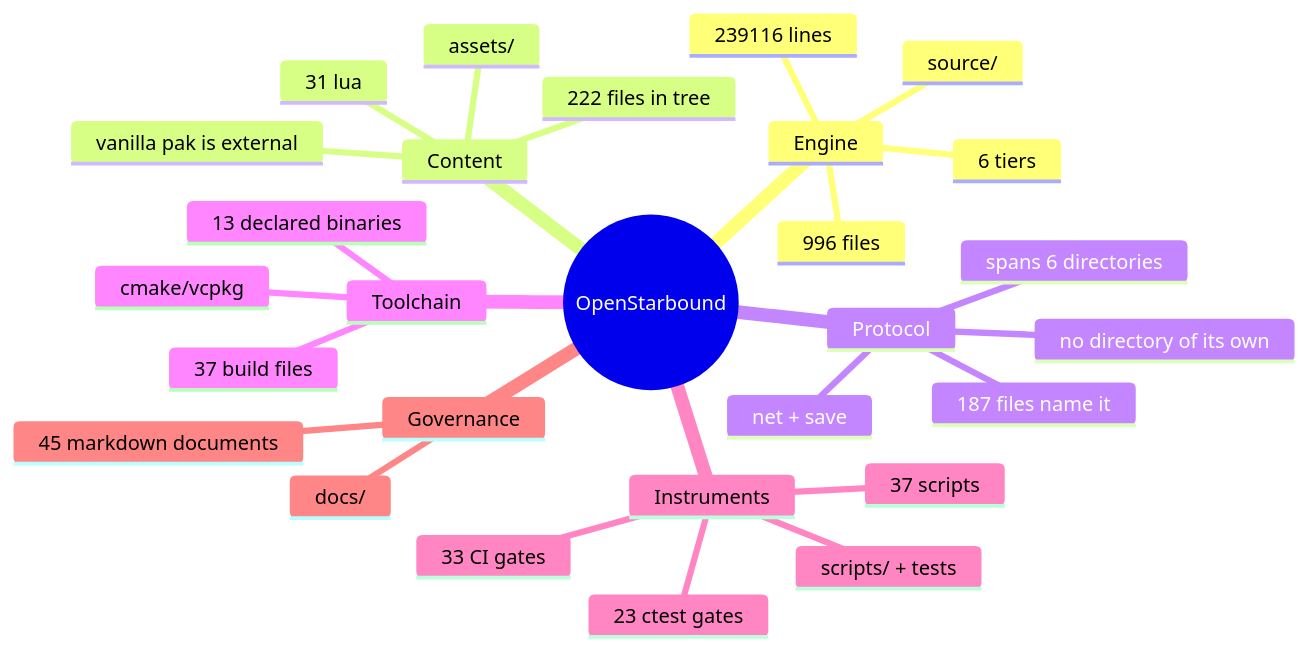
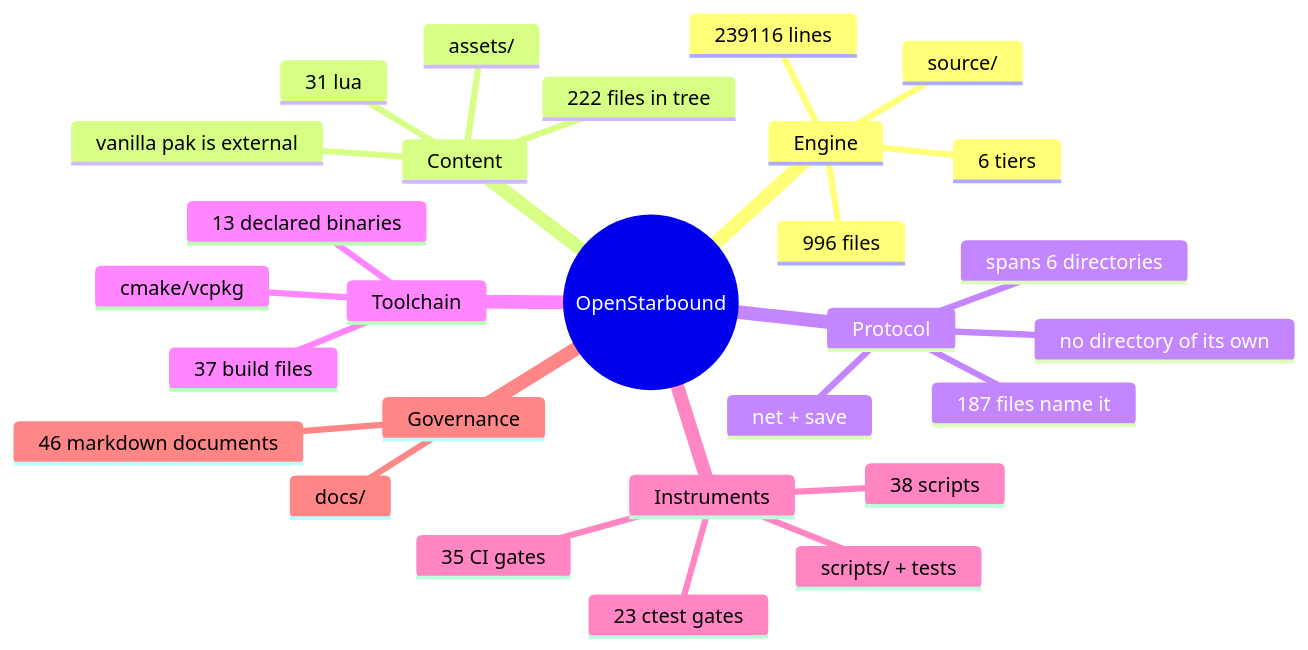
One commit to apnex/OpenStarbound changed the second of 11 diagrams in docs/architecture/system-boundaries.md. Above: the diagram before and after it, drawn with Mermaid. The commit also changed 4 other files, not shown here.

````diff
--- a/docs/architecture/system-boundaries.md
+++ b/docs/architecture/system-boundaries.md
@@ -166,31 +166,31 @@
 ```mermaid
 mindmap
   root((OpenStarbound))
     Engine
       source/
       996 files
       239116 lines
       6 tiers
     Content
       assets/
       222 files in tree
       31 lua
       vanilla pak is external
     Protocol
       net + save
       187 files name it
       spans 6 directories
       no directory of its own
     Toolchain
       cmake/vcpkg
       37 build files
       13 declared binaries
     Instruments
       scripts/ + tests
-      37 scripts
+      38 scripts
       23 ctest gates
-      33 CI gates
+      35 CI gates
     Governance
       docs/
-      45 markdown documents
+      46 markdown documents
 ```
````
